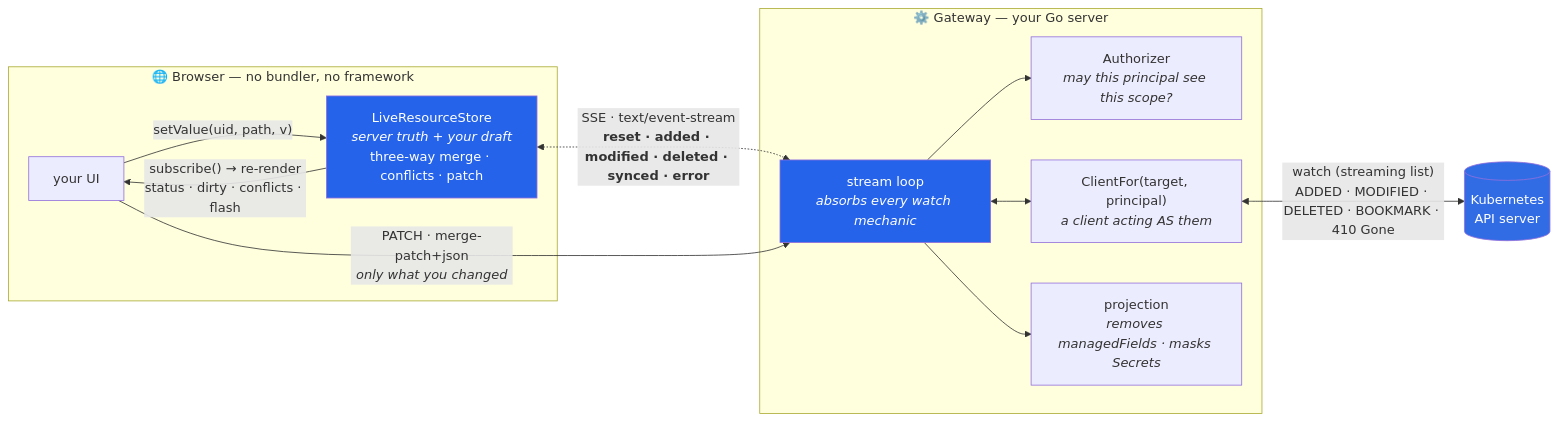
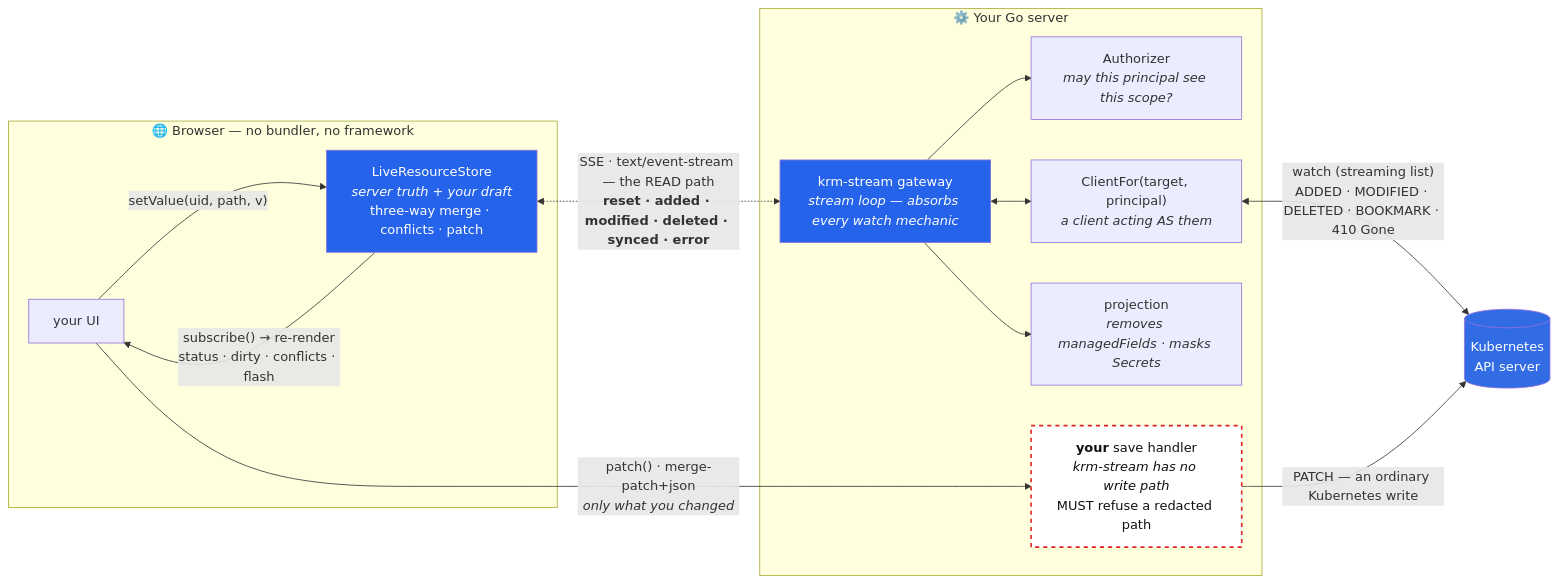
The first of 2 diagrams in README.md (ConfigButler/krm-stream), drawn with Mermaid before and after one commit. The commit also changed other lines of this file and 5 other files, not shown here.

First line of the commit message:
feat(spec): krm-stream is a READ path — say so, and stop promising a write it never had

````diff
--- a/README.md
+++ b/README.md
@@ -45,28 +50,31 @@
 ```mermaid
 flowchart LR
     subgraph browser["🌐 Browser — no bundler, no framework"]
         UI["your UI"]
         Store["LiveResourceStore<br/><i>server truth + your draft</i><br/>three-way merge · conflicts · patch"]
         UI -- "setValue(uid, path, v)" --> Store
         Store -- "subscribe() → re-render<br/>status · dirty · conflicts · flash" --> UI
     end
 
-    subgraph gw["⚙️ Gateway — your Go server"]
-        Loop["stream loop<br/><i>absorbs every watch mechanic</i>"]
+    subgraph gw["⚙️ Your Go server"]
+        Loop["krm-stream gateway<br/><i>stream loop — absorbs every watch mechanic</i>"]
         Authz["Authorizer<br/><i>may this principal see this scope?</i>"]
         Client["ClientFor(target, principal)<br/><i>a client acting AS them</i>"]
         Proj["projection<br/><i>removes managedFields · masks Secrets</i>"]
+        Save["<b>your</b> save handler<br/><i>krm-stream has no write path</i><br/>MUST refuse a redacted path"]
     end
 
     K8S[("Kubernetes<br/>API server")]
 
-    Store <-. "SSE · text/event-stream<br/><b>reset · added · modified · deleted · synced · error</b>" .-> Loop
-    UI -- "PATCH · merge-patch+json<br/><i>only what you changed</i>" --> Loop
+    Store <-. "SSE · text/event-stream — the READ path<br/><b>reset · added · modified · deleted · synced · error</b>" .-> Loop
+    UI -- "patch() · merge-patch+json<br/><i>only what you changed</i>" --> Save
     Loop --> Authz & Proj
     Loop <--> Client
     Client <-- "watch (streaming list)<br/>ADDED · MODIFIED · DELETED · BOOKMARK · 410 Gone" --> K8S
+    Save -- "PATCH — an ordinary Kubernetes write" --> K8S
 
     style Store fill:#2563eb,color:#fff
     style Loop fill:#2563eb,color:#fff
     style K8S fill:#326ce5,color:#fff
+    style Save fill:#fff,color:#111,stroke:#dc2626,stroke-width:2px,stroke-dasharray: 5 5
 ```
````
